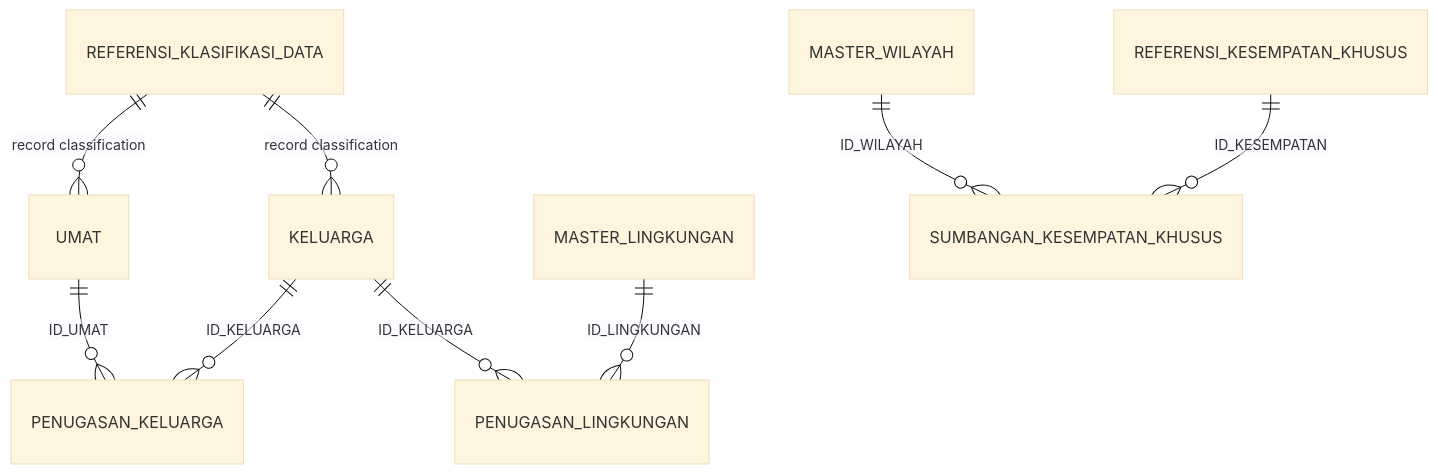
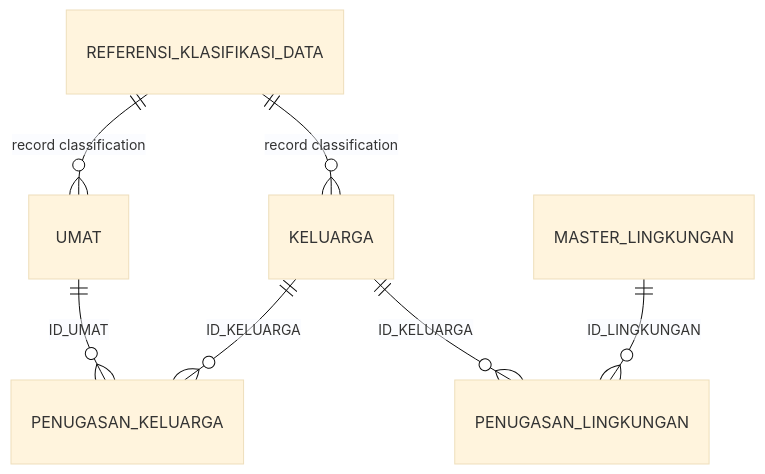
Before and after one commit to mizuruka92/church-activties: the third of 6 diagrams in docs/DATA_MODEL.md, drawn with Mermaid (base theme). The commit also changed other lines of this file and 34 other files, not shown here.

````diff
--- a/docs/DATA_MODEL.md
+++ b/docs/DATA_MODEL.md
@@ -69,11 +71,9 @@
 ```mermaid
 erDiagram
     KELUARGA ||--o{ PENUGASAN_KELUARGA : "ID_KELUARGA"
     UMAT ||--o{ PENUGASAN_KELUARGA : "ID_UMAT"
     KELUARGA ||--o{ PENUGASAN_LINGKUNGAN : "ID_KELUARGA"
     MASTER_LINGKUNGAN ||--o{ PENUGASAN_LINGKUNGAN : "ID_LINGKUNGAN"
     REFERENSI_KLASIFIKASI_DATA ||--o{ UMAT : "record classification"
     REFERENSI_KLASIFIKASI_DATA ||--o{ KELUARGA : "record classification"
-    MASTER_WILAYAH ||--o{ SUMBANGAN_KESEMPATAN_KHUSUS : "ID_WILAYAH"
-    REFERENSI_KESEMPATAN_KHUSUS ||--o{ SUMBANGAN_KESEMPATAN_KHUSUS : "ID_KESEMPATAN"
 ```
````
